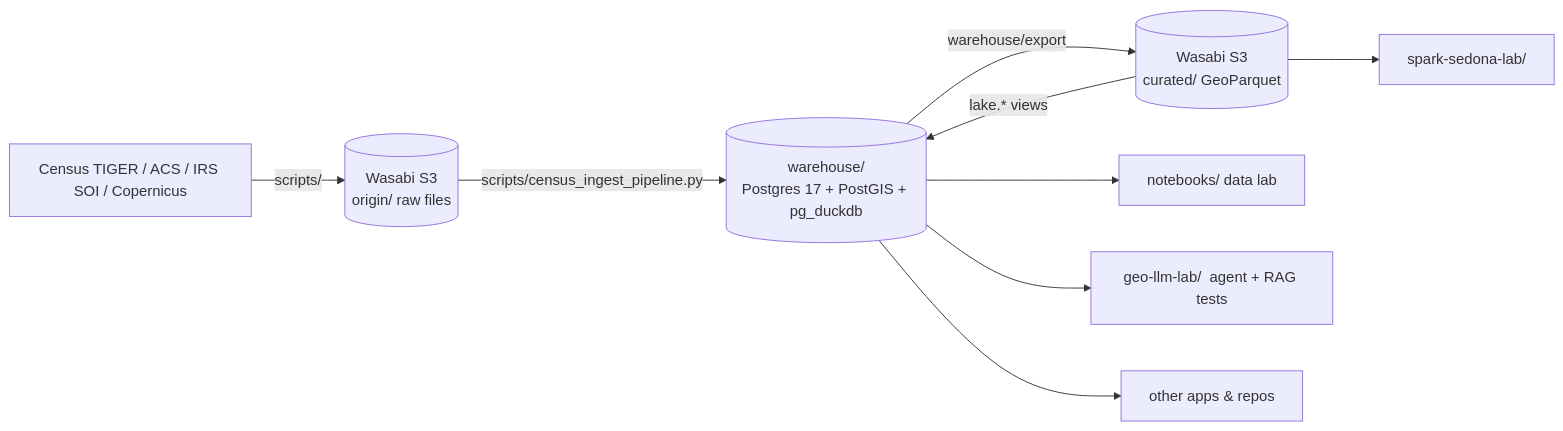
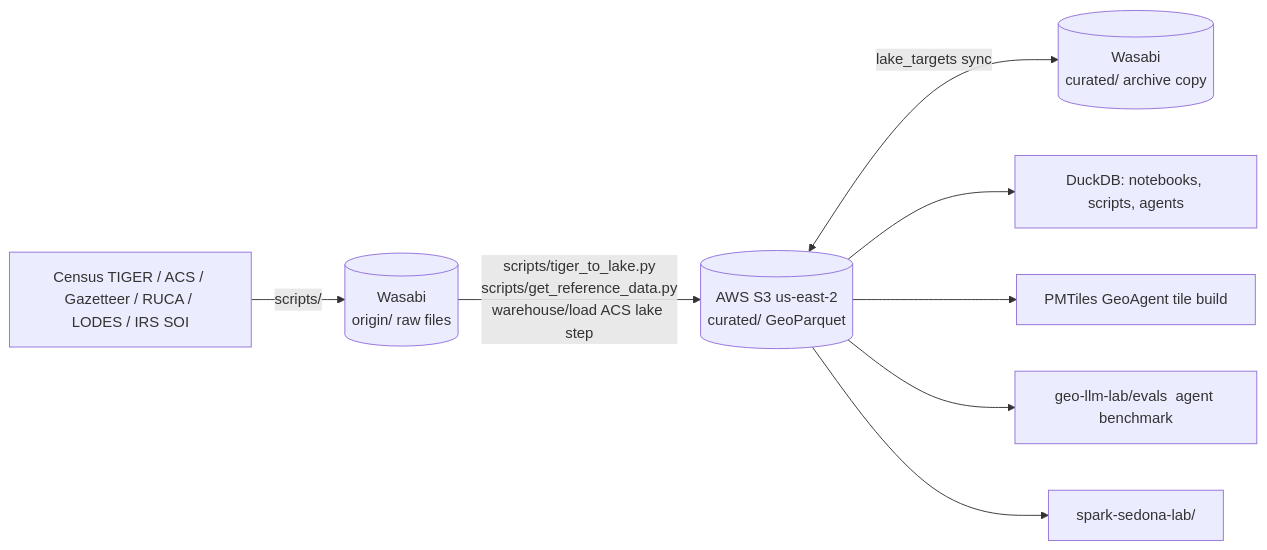
Before and after one commit to blcrosbie/GeoDataAnalytics: the diagram in README.md, drawn with Mermaid. The commit also changed other lines of this file and 16 other files, not shown here.

````diff
--- a/README.md
+++ b/README.md
@@ -11,11 +12,10 @@
 ```mermaid
 flowchart LR
-    src[Census TIGER / ACS / IRS SOI / Copernicus] -->|scripts/| raw[(Wasabi S3<br/>origin/  raw files)]
-    raw -->|scripts/census_ingest_pipeline.py| pg[(warehouse/<br/>Postgres 17 + PostGIS + pg_duckdb)]
-    pg -->|warehouse/export| lake[(Wasabi S3<br/>curated/  GeoParquet)]
-    lake -->|lake.* views| pg
-    pg --> nb[notebooks/  data lab]
+    src[Census TIGER / ACS / Gazetteer / RUCA / LODES / IRS SOI] -->|scripts/| raw[(Wasabi<br/>origin/  raw files)]
+    raw -->|scripts/tiger_to_lake.py<br/>scripts/get_reference_data.py<br/>warehouse/load ACS lake step| lake[(AWS S3 us-east-2<br/>curated/  GeoParquet)]
+    lake <-->|lake_targets sync| arch[(Wasabi<br/>curated/  archive copy)]
+    lake --> duck[DuckDB: notebooks, scripts, agents]
+    lake --> tiles[PMTiles  GeoAgent tile build]
+    lake --> llm[geo-llm-lab/evals  agent benchmark]
     lake --> sedona[spark-sedona-lab/]
-    pg --> llm[geo-llm-lab/  agent + RAG tests]
-    pg --> other[other apps & repos]
 ```
````
